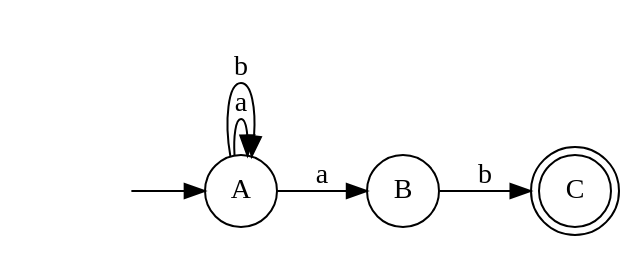
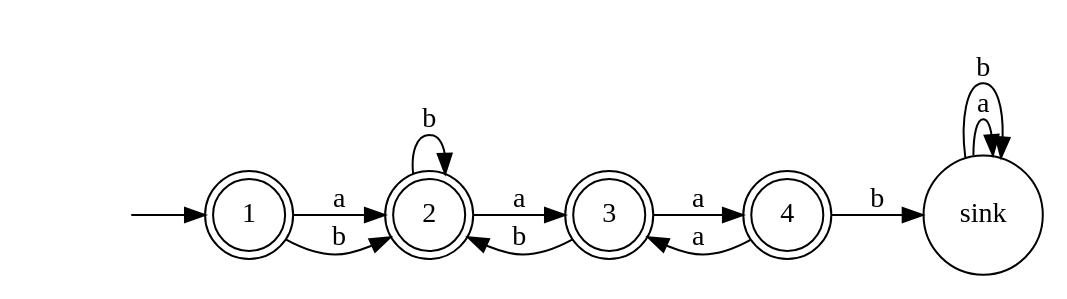
The diagram in ALE2/ALE2/bin/Debug/GenerateAutomata.dot (JackyThePro/ALE), drawn with Graphviz before and after one commit. The commit also changed 11 other files, not shown here.

```diff
--- a/ALE2/ALE2/bin/Debug/GenerateAutomata.dot
+++ b/ALE2/ALE2/bin/Debug/GenerateAutomata.dot
@@ -1,13 +1,21 @@
 digraph myAutomaton {
   rankdir=LR;
 "" [shape=none]
-"A" [shape=circle]
-"B" [shape=circle]
-"C" [shape=doublecircle]
+"1" [shape=doublecircle]
+"2" [shape=doublecircle]
+"3" [shape=doublecircle]
+"4" [shape=doublecircle]
+"sink" [shape=circle]
 
-"" -> "A"
-"A" -> "A"[label="a"]
-"A" -> "A"[label="b"]
-"A" -> "B"[label="a"]
-"B" -> "C"[label="b"]
+"" -> "1"
+"1" -> "2"[label="a"]
+"1" -> "2"[label="b"]
+"2" -> "3"[label="a"]
+"2" -> "2"[label="b"]
+"3" -> "4"[label="a"]
+"3" -> "2"[label="b"]
+"4" -> "3"[label="a"]
+"4" -> "sink"[label="b"]
+"sink" -> "sink"[label="a"]
+"sink" -> "sink"[label="b"]
 }
```
